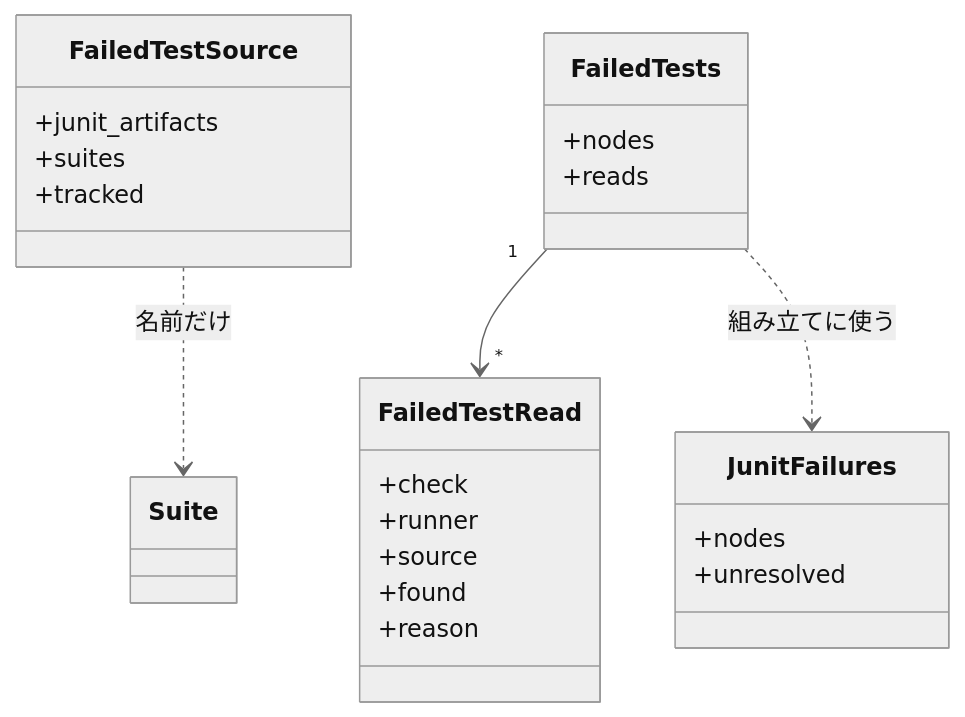
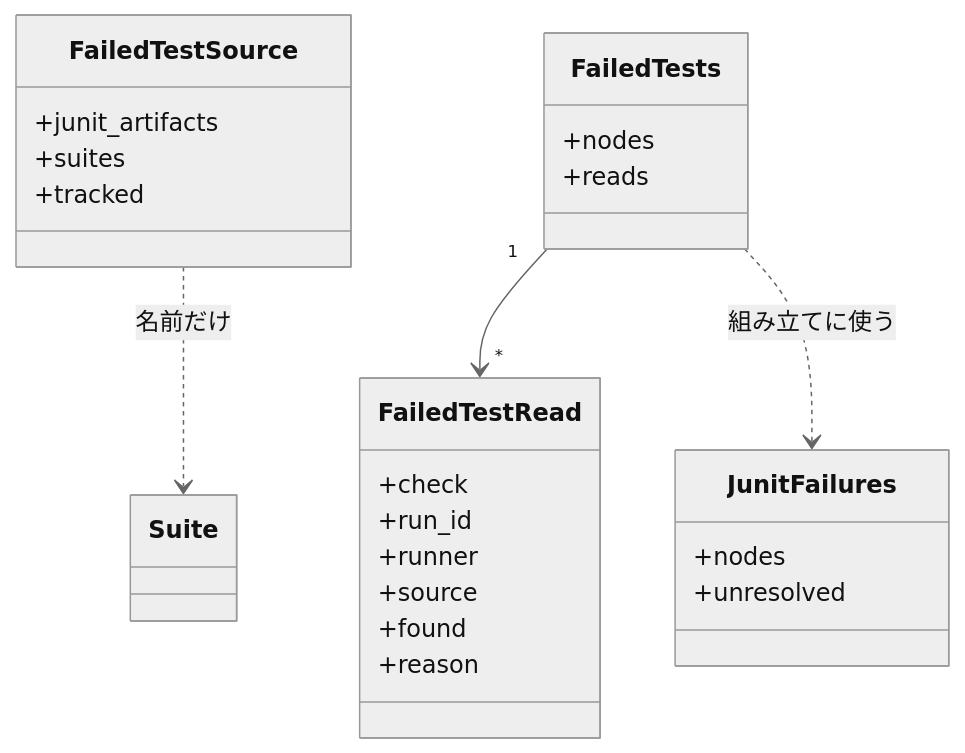
One commit to devbasex/ai-plugins changed the third of 5 diagrams in issues/issue-3616-design.md. Above: the diagram before and after it, drawn with Mermaid (neutral theme). The commit also changed other lines of this file, not shown here.

````diff
--- a/issues/issue-3616-design.md
+++ b/issues/issue-3616-design.md
@@ -213,26 +223,27 @@
 ```mermaid
 classDiagram
     class FailedTestSource {
         +junit_artifacts
         +suites
         +tracked
     }
     class FailedTests {
         +nodes
         +reads
     }
     class FailedTestRead {
         +check
+        +run_id
         +runner
         +source
         +found
         +reason
     }
     class JunitFailures {
         +nodes
         +unresolved
     }
     FailedTests "1" --> "*" FailedTestRead
     FailedTests ..> JunitFailures : 組み立てに使う
     FailedTestSource ..> Suite : 名前だけ
 ```
````
